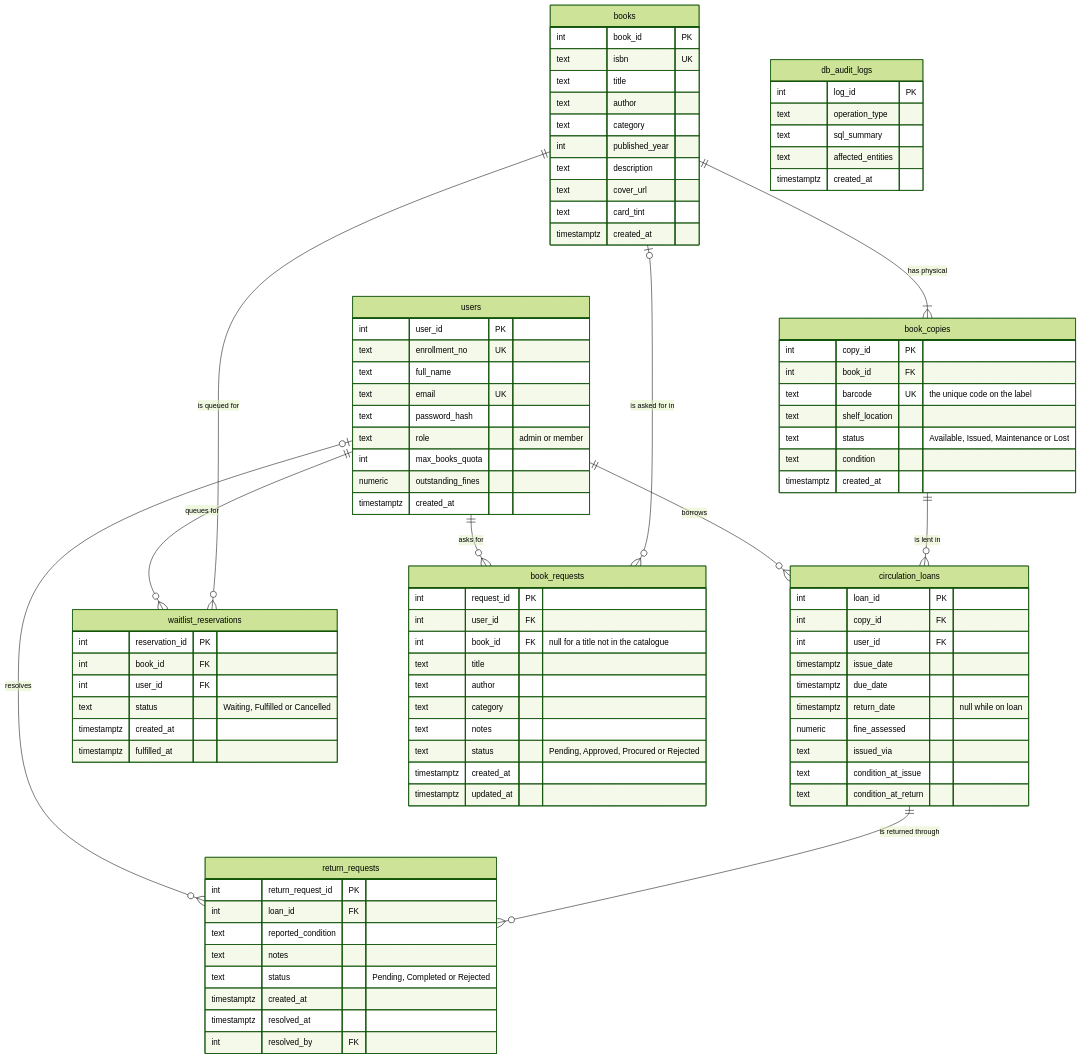
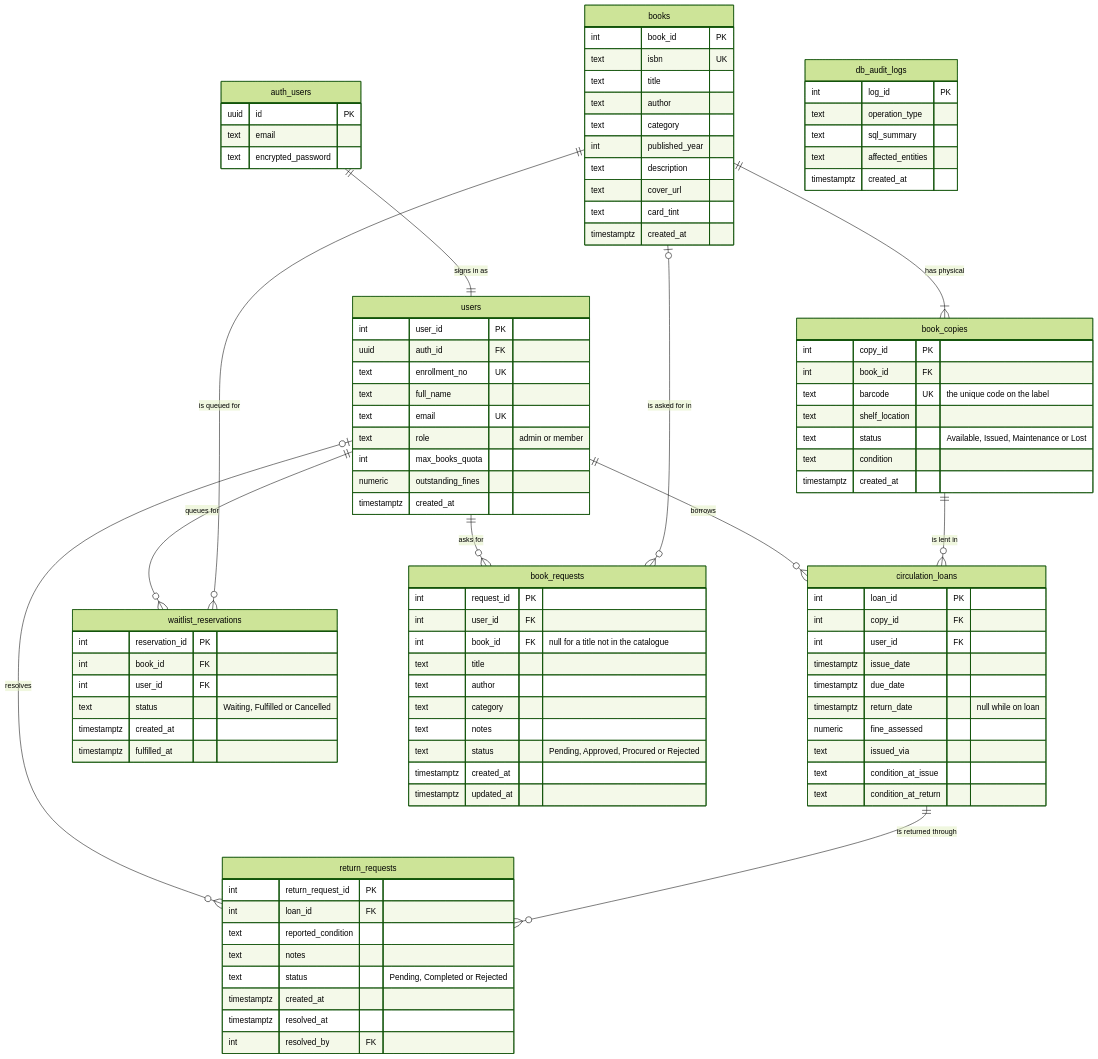
Before and after one commit to TejasDubey009/BookBase: the diagram in database/ER_DIAGRAM.md, drawn with Mermaid (forest theme). The commit also changed other lines of this file and 82 other files, not shown here.

````diff
--- a/database/ER_DIAGRAM.md
+++ b/database/ER_DIAGRAM.md
@@ -5,5 +5,6 @@
 ```mermaid
 erDiagram
+    auth_users ||--|| users : "signs in as"
     users ||--o{ circulation_loans : "borrows"
     users ||--o{ waitlist_reservations : "queues for"
     users ||--o{ book_requests : "asks for"
@@ -14,12 +15,18 @@
     book_copies ||--o{ circulation_loans : "is lent in"
     circulation_loans ||--o{ return_requests : "is returned through"
 
+    auth_users {
+        uuid id PK
+        text email
+        text encrypted_password
+    }
+
     users {
         int user_id PK
+        uuid auth_id FK
         text enrollment_no UK
         text full_name
         text email UK
-        text password_hash
         text role "admin or member"
         int max_books_quota
         numeric outstanding_fines
````
